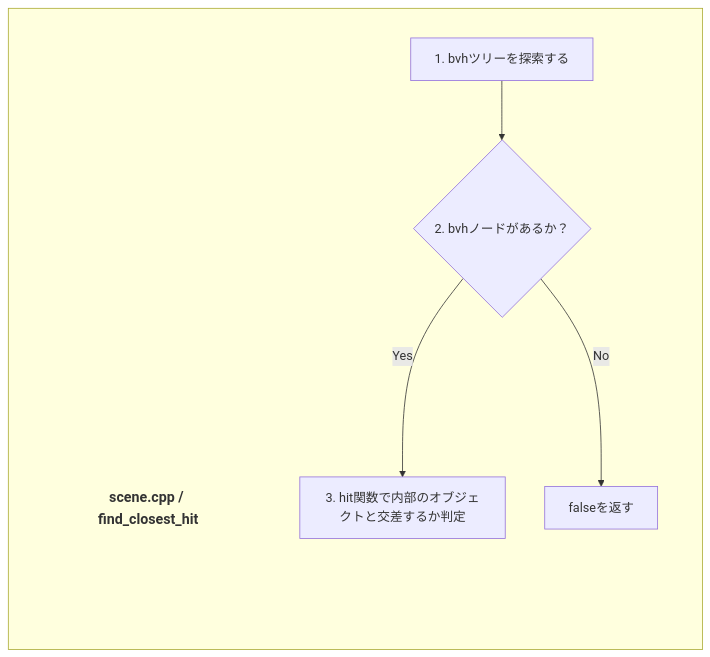
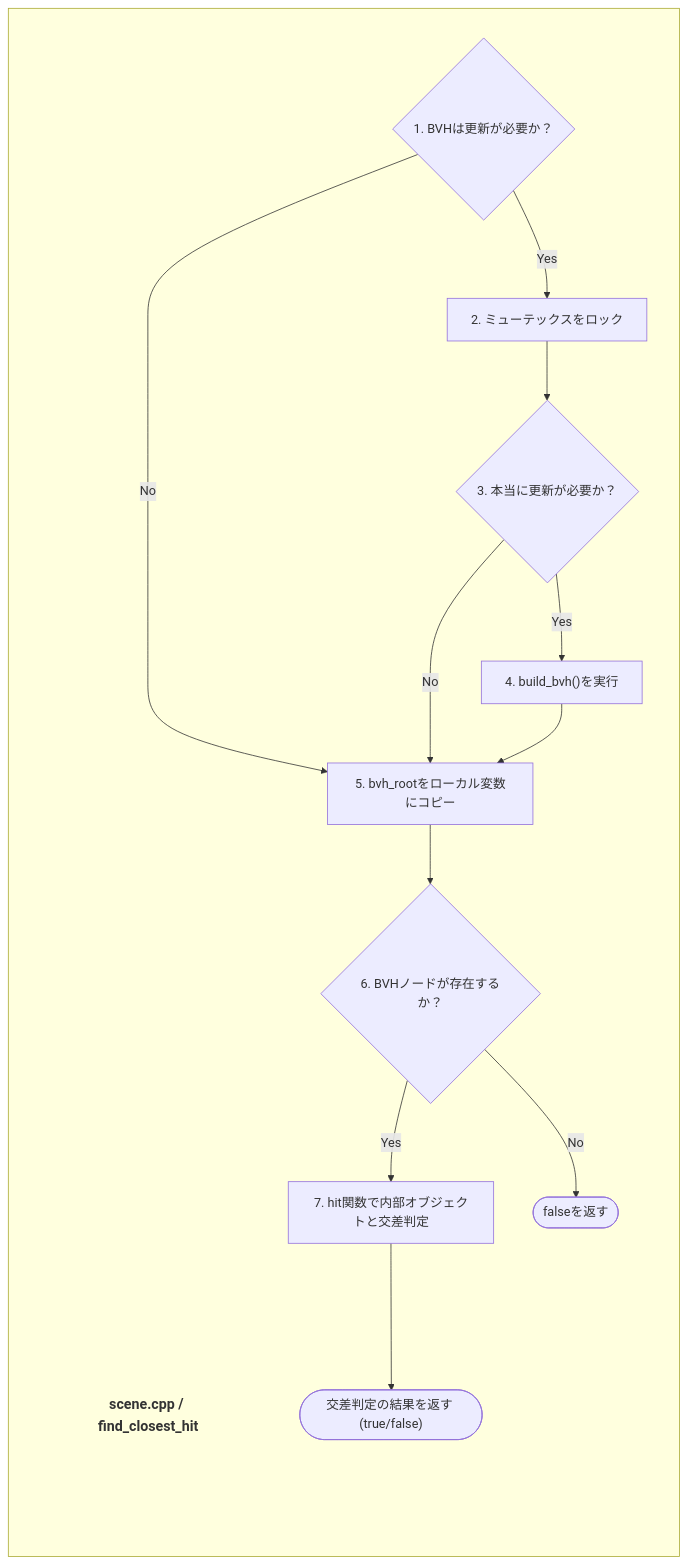
One commit to koretty/RayTracingEngine changed the third of 3 diagrams in docs/architecture.md. Above: the diagram before and after it, drawn with Mermaid.

````diff
--- a/docs/architecture.md
+++ b/docs/architecture.md
@@ -83,22 +83,45 @@
 ```mermaid
 graph TD
     
     subgraph MainContainer [" "]
         direction TB
 
         Title{"scene.cpp / find_closest_hit"}
         style Title fill:none,stroke:none,font-size:18px,font-weight:bold
 
-        Step1["1. bvhツリーを探索する"]
-        Step2{"2. bvhノードがあるか？"}
-        Step3["3. hit関数で内部のオブジェクトと交差するか判定"]
-        Step1 --> Step2 
-        Step2 -- Yes --> Step3
-        Step2 -- No --> NoHit["falseを返す"]
+        %% ダブルチェックロッキング部分（前半）
+        CheckDirty1{"1. BVHは更新が必要か？"}
+        LockMutex["2. ミューテックスをロック"]
+        CheckDirty2{"3. 本当に更新が必要か？"}
+        BuildBVH["4. build_bvh()を実行"]
+
+     
+        CopyBVH["5. bvh_rootをローカル変数にコピー"]
+        CheckBVH{"6. BVHノードが存在するか？"}
+        CallHit["7. hit関数で内部オブジェクトと交差判定"]
+        
+        %% 終了ノード
+        ReturnHitResult(["交差判定の結果を返す (true/false)"])
+        ReturnFalse(["falseを返す"])
+
+        %% フローの接続
+        CheckDirty1 -- Yes --> LockMutex
+        CheckDirty1 -- No --> CopyBVH
+        
+        LockMutex --> CheckDirty2
+        CheckDirty2 -- Yes --> BuildBVH
+        CheckDirty2 -- No --> CopyBVH
+        
+        BuildBVH --> CopyBVH
+        
+        CopyBVH --> CheckBVH
+        CheckBVH -- Yes --> CallHit
+        CallHit --> ReturnHitResult
+        CheckBVH -- No --> ReturnFalse
     end
 
 
 
     
 
 ```
````
